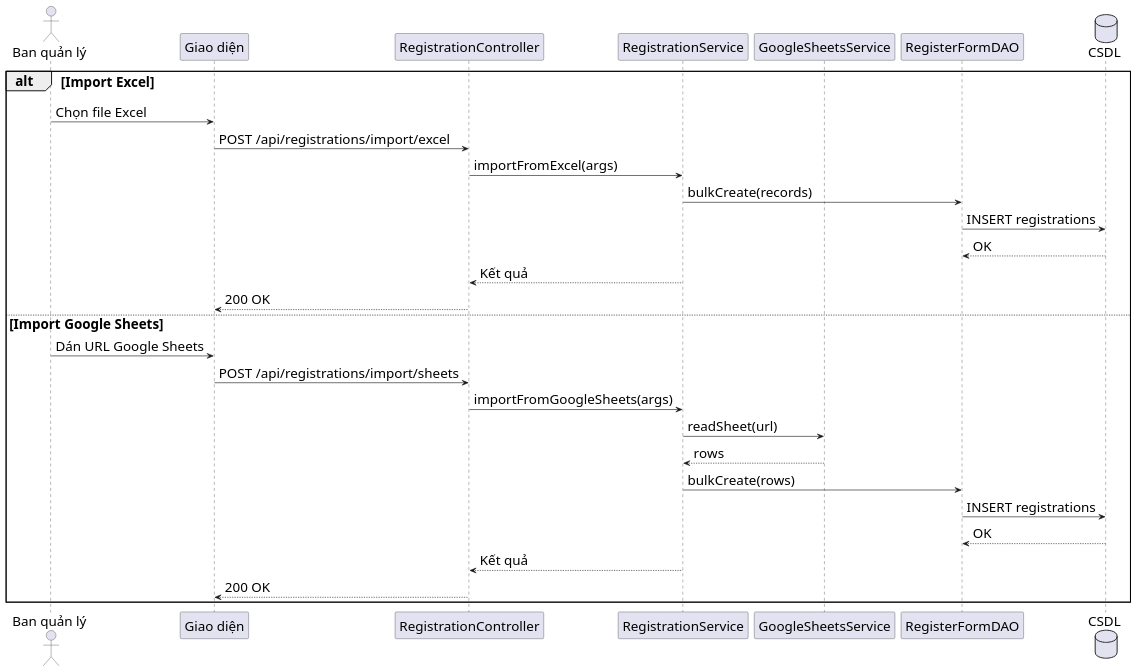
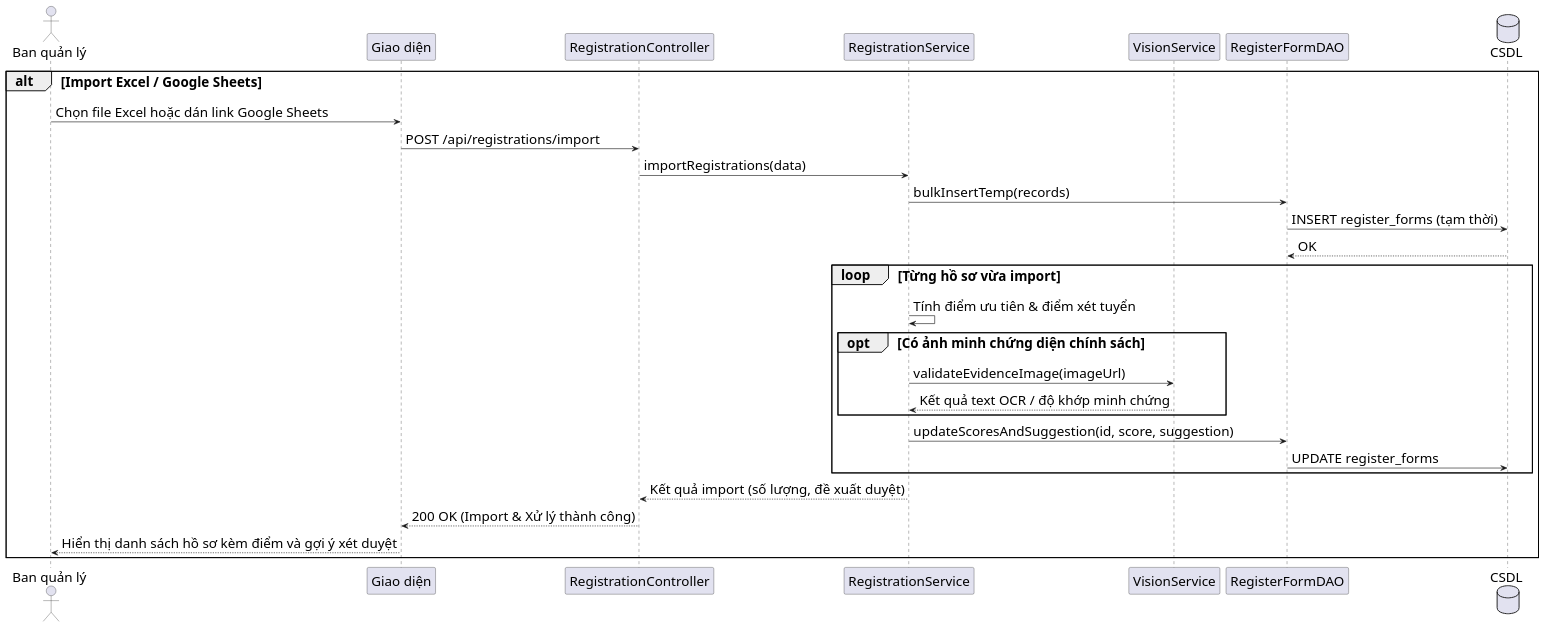
One commit to s0nbuildtech287/dormitory-frontend changed the diagram in diagrams/nhomhosodangky/registration_import_sequence.puml. Above: the diagram before and after it, drawn with PlantUML. The commit also changed 7 other files, not shown here.

```diff
--- a/diagrams/nhomhosodangky/registration_import_sequence.puml
+++ b/diagrams/nhomhosodangky/registration_import_sequence.puml
@@ -1,34 +1,35 @@
 @startuml "Registration Import Sequence"
 skinparam defaultFontSize 22
 skinparam defaultFontName "Times New Roman"
 skinparam sequenceMessageSize 22
 actor "Ban quản lý" as Admin
 participant "Giao diện" as FE
 participant "RegistrationController" as RegC
 participant "RegistrationService" as RegS
-participant "GoogleSheetsService" as GSS
+participant "VisionService" as VisionS
 participant "RegisterFormDAO" as RegDAO
 database "CSDL" as DB
 
-alt Import Excel
-  Admin -> FE: Chọn file Excel
-  FE -> RegC: POST /api/registrations/import/excel
-  RegC -> RegS: importFromExcel(args)
-  RegS -> RegDAO: bulkCreate(records)
-  RegDAO -> DB: INSERT registrations
+alt Import Excel / Google Sheets
+  Admin -> FE: Chọn file Excel hoặc dán link Google Sheets
+  FE -> RegC: POST /api/registrations/import
+  RegC -> RegS: importRegistrations(data)
+  RegS -> RegDAO: bulkInsertTemp(records)
+  RegDAO -> DB: INSERT register_forms (tạm thời)
   DB --> RegDAO: OK
-  RegS --> RegC: Kết quả
-  RegC --> FE: 200 OK
-else Import Google Sheets
-  Admin -> FE: Dán URL Google Sheets
-  FE -> RegC: POST /api/registrations/import/sheets
-  RegC -> RegS: importFromGoogleSheets(args)
-  RegS -> GSS: readSheet(url)
-  GSS --> RegS: rows
-  RegS -> RegDAO: bulkCreate(rows)
-  RegDAO -> DB: INSERT registrations
-  DB --> RegDAO: OK
-  RegS --> RegC: Kết quả
-  RegC --> FE: 200 OK
+  
+  loop Từng hồ sơ vừa import
+    RegS -> RegS: Tính điểm ưu tiên & điểm xét tuyển
+    opt Có ảnh minh chứng diện chính sách
+      RegS -> VisionS: validateEvidenceImage(imageUrl)
+      VisionS --> RegS: Kết quả text OCR / độ khớp minh chứng
+    end
+    RegS -> RegDAO: updateScoresAndSuggestion(id, score, suggestion)
+    RegDAO -> DB: UPDATE register_forms
+  end
+  
+  RegS --> RegC: Kết quả import (số lượng, đề xuất duyệt)
+  RegC --> FE: 200 OK (Import & Xử lý thành công)
+  FE --> Admin: Hiển thị danh sách hồ sơ kèm điểm và gợi ý xét duyệt
 end
 @enduml
```
